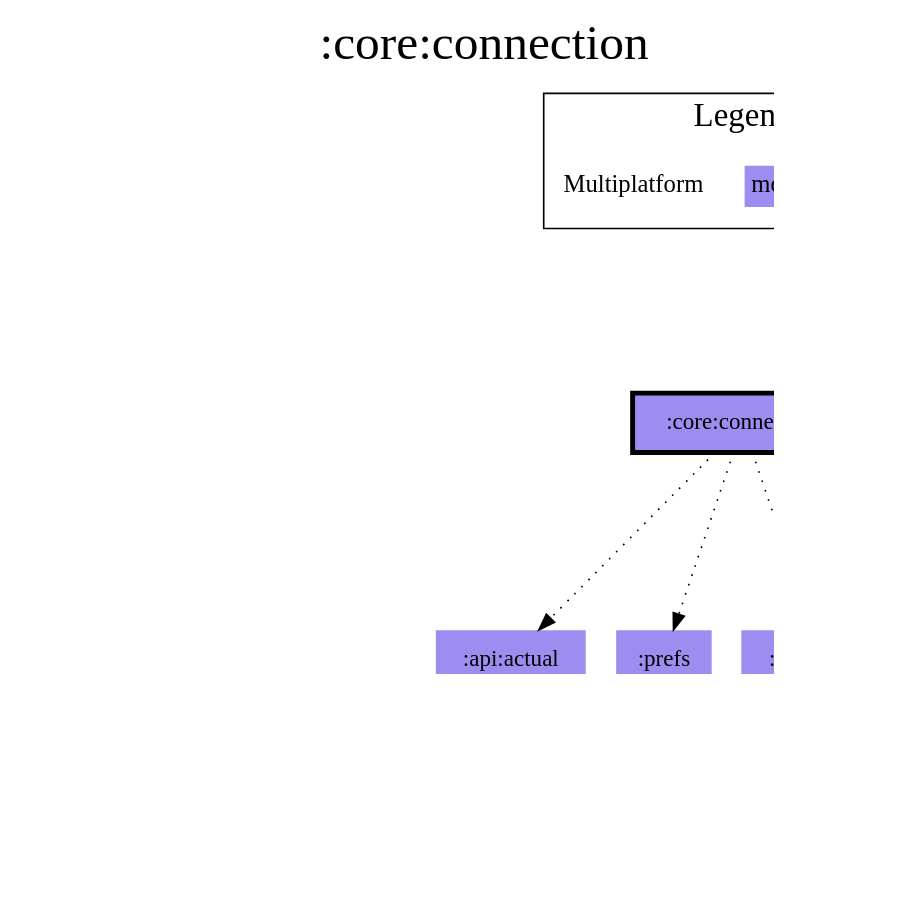
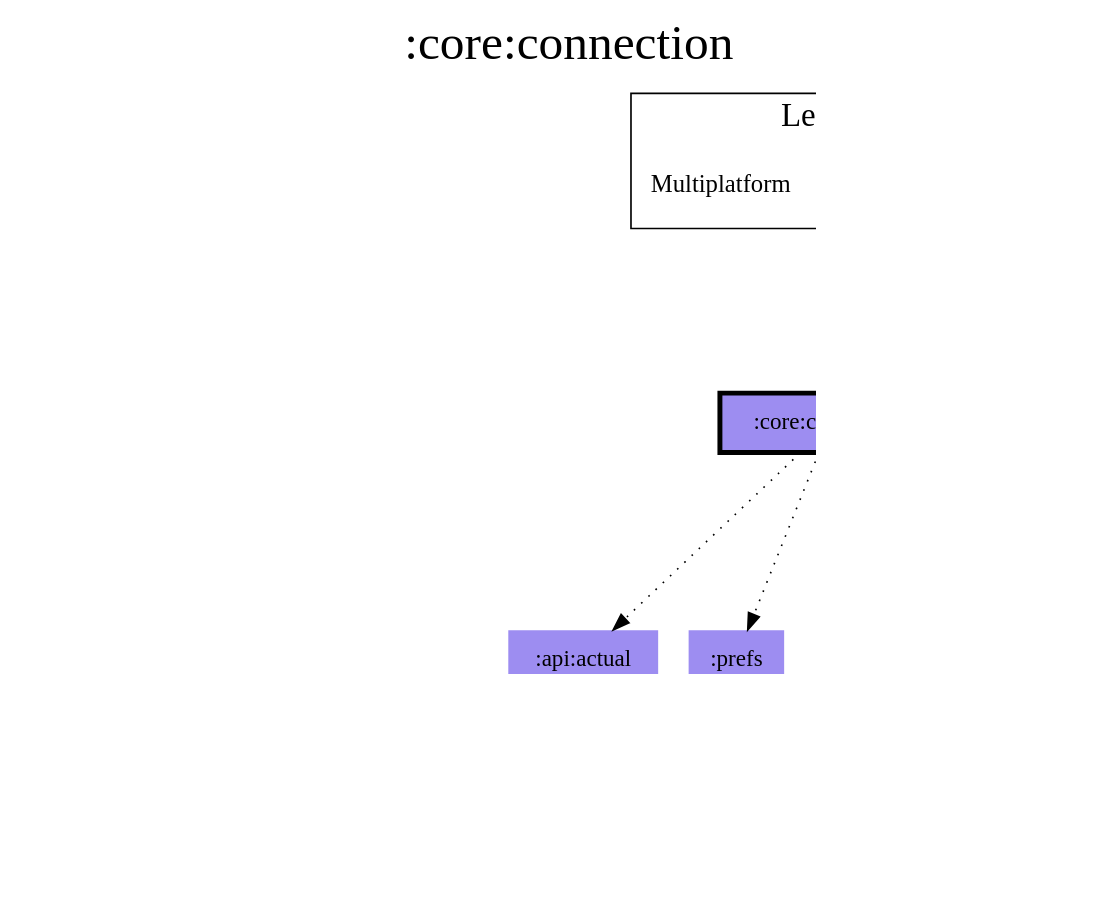
One commit to jonapoul/aktual changed the diagram in modules/core/connection/modules.dot. Above: the diagram before and after it, drawn with Graphviz. The commit also changed 102 other files, not shown here.

```diff
--- a/modules/core/connection/modules.dot
+++ b/modules/core/connection/modules.dot
@@ -1,38 +1,41 @@
 digraph {
 edge ["dir"="forward"]
 graph ["dpi"="100","label"=":core:connection","labelloc"="t","fontsize"="30","ranksep"="1.5","rankdir"="TB"]
 node ["style"="filled"]
 ":account:model" ["fillcolor"="#9D8DF1","shape"="none"]
 ":api:actual" ["fillcolor"="#9D8DF1","shape"="none"]
 ":api:builder" ["fillcolor"="#9D8DF1","shape"="none"]
 ":budget:model" ["fillcolor"="#9D8DF1","shape"="none"]
 ":codegen:annotation" ["fillcolor"="#9D8DF1","shape"="none"]
 ":core:connection" ["fillcolor"="#9D8DF1","color"="black","penwidth"="3","shape"="box"]
 ":core:model" ["fillcolor"="#9D8DF1","shape"="none"]
+":logging" ["fillcolor"="#9D8DF1","shape"="none"]
 ":prefs" ["fillcolor"="#9D8DF1","shape"="none"]
 {
 edge ["dir"="none"]
 graph ["rank"="same"]
 ":core:connection"
 }
 ":api:actual" -> ":account:model"
 ":api:actual" -> ":budget:model"
 ":api:actual" -> ":codegen:annotation" ["style"="dotted"]
 ":api:actual" -> ":core:model"
 ":api:builder" -> ":core:model"
+":api:builder" -> ":logging" ["style"="dotted"]
 ":core:connection" -> ":api:actual" ["style"="dotted"]
 ":core:connection" -> ":api:builder" ["style"="dotted"]
 ":core:connection" -> ":core:model" ["style"="dotted"]
+":core:connection" -> ":logging" ["style"="dotted"]
 ":core:connection" -> ":prefs" ["style"="dotted"]
 ":prefs" -> ":account:model"
 ":prefs" -> ":core:model"
 subgraph "cluster_legend" {
 edge ["dir"="none"]
 graph ["label"="Legend","fontsize"="20"]
 "Legend" ["style"="filled","fillcolor"="#FFFFFF","shape"="none","margin"="0","fontsize"="15","label"=<
 <TABLE BORDER="0" CELLBORDER="0" CELLSPACING="0" CELLPADDING="4">
 <TR><TD>Multiplatform</TD><TD BGCOLOR="#9D8DF1">module-name</TD></TR>
 </TABLE>
 >]
 } -> ":core:connection" ["style"="invis"]
 }
```
